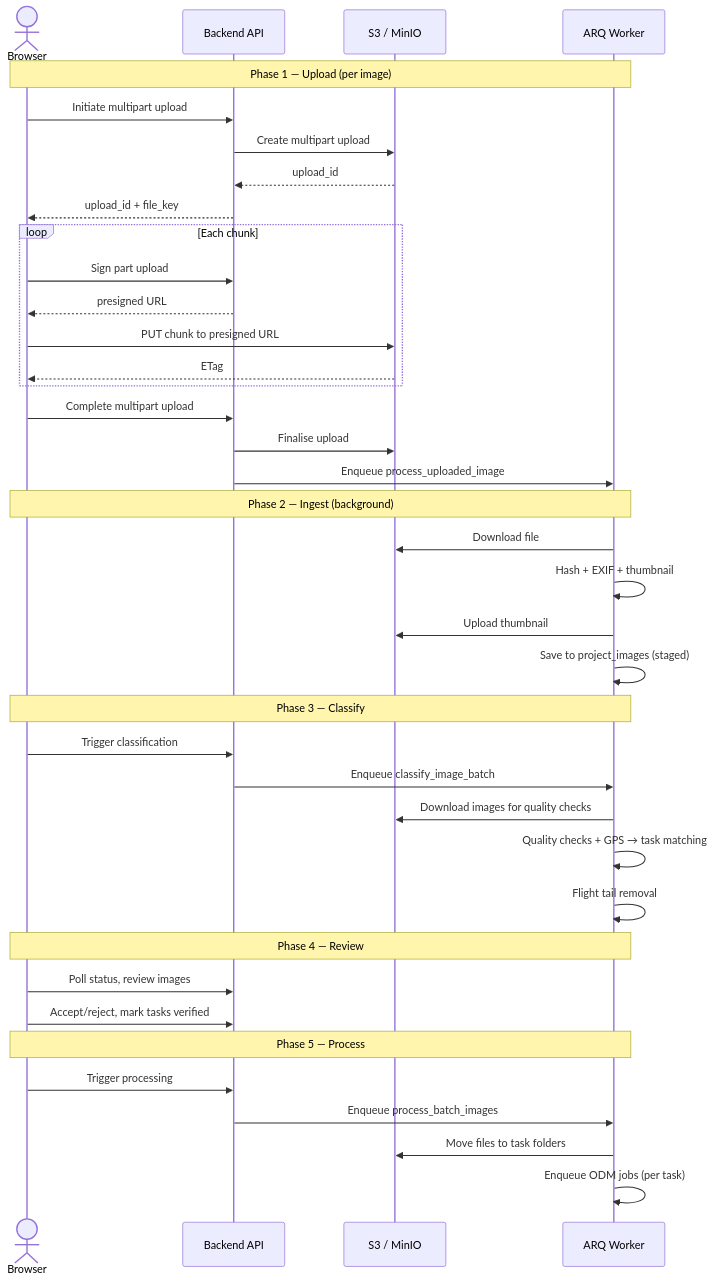
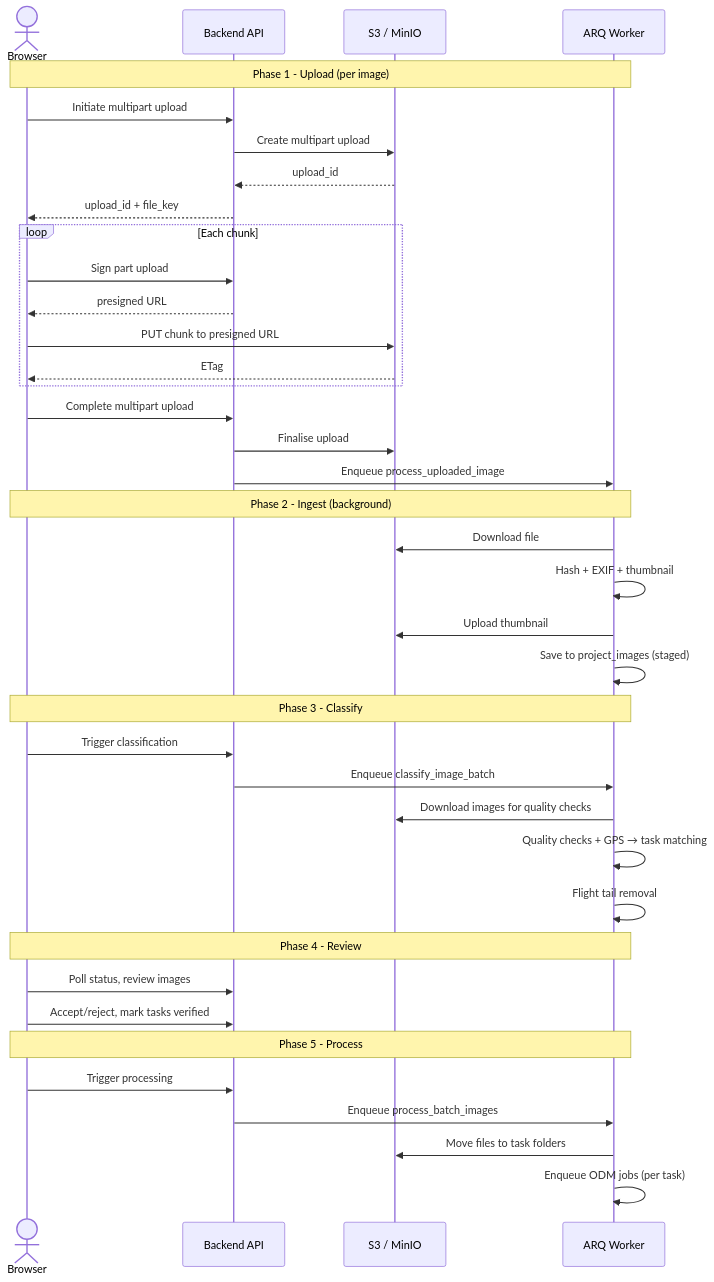
Before and after one commit to hotosm/drone-tm: the fourth of 4 diagrams in docs/dev/imagery-upload.md, drawn with Mermaid. The commit also changed other lines of this file and 4 other files, not shown here.

````diff
--- a/docs/dev/imagery-upload.md
+++ b/docs/dev/imagery-upload.md
@@ -150,45 +150,45 @@
 ```mermaid
 sequenceDiagram
     actor User as Browser
     participant API as Backend API
     participant S3 as S3 / MinIO
     participant ARQ as ARQ Worker
 
-    Note over User,ARQ: Phase 1 — Upload (per image)
+    Note over User,ARQ: Phase 1 - Upload (per image)
     User->>API: Initiate multipart upload
     API->>S3: Create multipart upload
     S3-->>API: upload_id
     API-->>User: upload_id + file_key
     loop Each chunk
         User->>API: Sign part upload
         API-->>User: presigned URL
         User->>S3: PUT chunk to presigned URL
         S3-->>User: ETag
     end
     User->>API: Complete multipart upload
     API->>S3: Finalise upload
     API->>ARQ: Enqueue process_uploaded_image
 
-    Note over User,ARQ: Phase 2 — Ingest (background)
+    Note over User,ARQ: Phase 2 - Ingest (background)
     ARQ->>S3: Download file
     ARQ->>ARQ: Hash + EXIF + thumbnail
     ARQ->>S3: Upload thumbnail
     ARQ->>ARQ: Save to project_images (staged)
 
-    Note over User,ARQ: Phase 3 — Classify
+    Note over User,ARQ: Phase 3 - Classify
     User->>API: Trigger classification
     API->>ARQ: Enqueue classify_image_batch
     ARQ->>S3: Download images for quality checks
     ARQ->>ARQ: Quality checks + GPS → task matching
     ARQ->>ARQ: Flight tail removal
 
-    Note over User,ARQ: Phase 4 — Review
+    Note over User,ARQ: Phase 4 - Review
     User->>API: Poll status, review images
     User->>API: Accept/reject, mark tasks verified
 
-    Note over User,ARQ: Phase 5 — Process
+    Note over User,ARQ: Phase 5 - Process
     User->>API: Trigger processing
     API->>ARQ: Enqueue process_batch_images
     ARQ->>S3: Move files to task folders
     ARQ->>ARQ: Enqueue ODM jobs (per task)
 ```
````
